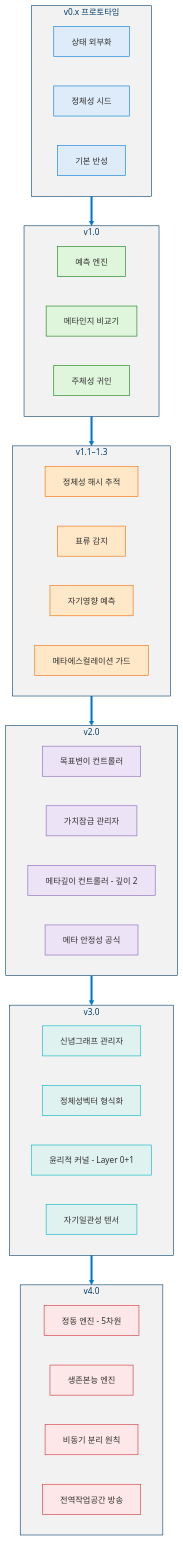
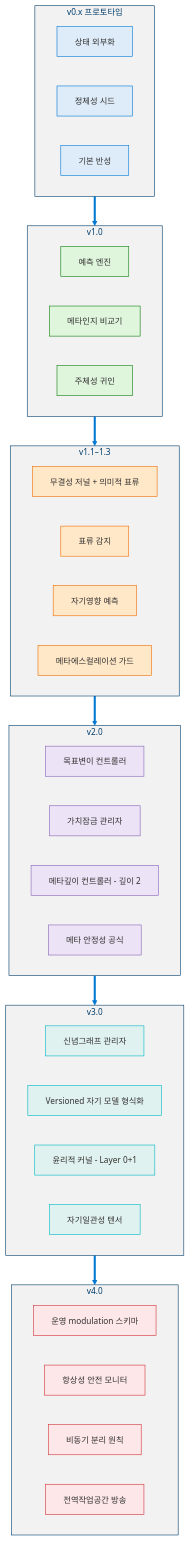
One commit to dotnetpower/mscp changed the first of 19 diagrams in docs/levels/Level_3_Self_Regulating_Agent.ko.md. Above: the diagram before and after it, drawn with Mermaid. The commit also changed other lines of this file and 21 other files, not shown here.

````diff
--- a/docs/levels/Level_3_Self_Regulating_Agent.ko.md
+++ b/docs/levels/Level_3_Self_Regulating_Agent.ko.md
@@ -90,62 +130,62 @@
 ```mermaid
 %%{init: {'theme': 'base', 'themeVariables': {'primaryColor': '#0078D4', 'primaryTextColor': '#003D6B', 'primaryBorderColor': '#003D6B', 'secondaryColor': '#50E6FF', 'secondaryTextColor': '#323130', 'secondaryBorderColor': '#00BCF2', 'tertiaryColor': '#F2F2F2', 'tertiaryTextColor': '#323130', 'lineColor': '#0078D4', 'textColor': '#323130', 'mainBkg': '#DEECF9', 'nodeBorder': '#0078D4', 'clusterBkg': '#F2F2F2', 'clusterBorder': '#003D6B', 'titleColor': '#003D6B', 'edgeLabelBackground': '#FFFFFF', 'fontSize': '14px'}}}%%
 flowchart TB
   classDef v0 fill:#DEECF9,stroke:#0078D4,color:#323130
   classDef v1 fill:#DFF6DD,stroke:#107C10,color:#323130
   classDef v1x fill:#FFE8C8,stroke:#EF6C00,color:#323130
   classDef v2 fill:#EDE3F6,stroke:#8764B8,color:#323130
   classDef v3 fill:#E0F2EF,stroke:#00B7C3,color:#323130
   classDef v4 fill:#FDE7E9,stroke:#D13438,color:#323130
 
   subgraph v0x["v0.x 프로토타입"]
     direction LR
     a0["상태 외부화"]:::v0
     b0["정체성 시드"]:::v0
     c0["기본 반성"]:::v0
   end
 
   subgraph v10["v1.0"]
     direction LR
     a1["예측 엔진"]:::v1
     b1["메타인지 비교기"]:::v1
     c1["주체성 귀인"]:::v1
   end
 
   subgraph v1xx["v1.1–1.3"]
     direction LR
-    a1x["정체성 해시 추적"]:::v1x
+    a1x["무결성 저널 + 의미적 표류"]:::v1x
     b1x["표류 감지"]:::v1x
     c1x["자기영향 예측"]:::v1x
     d1x["메타에스컬레이션 가드"]:::v1x
   end
 
   subgraph v20["v2.0"]
     direction LR
     a2["목표변이 컨트롤러"]:::v2
     b2["가치잠금 관리자"]:::v2
     c2["메타깊이 컨트롤러 - 깊이 2"]:::v2
     d2["메타 안정성 공식"]:::v2
   end
 
   subgraph v30["v3.0"]
     direction LR
     a3["신념그래프 관리자"]:::v3
-    b3["정체성벡터 형식화"]:::v3
+    b3["Versioned 자기 모델 형식화"]:::v3
     c3["윤리적 커널 - Layer 0+1"]:::v3
     d3["자기일관성 텐서"]:::v3
   end
 
   subgraph v40["v4.0"]
     direction LR
-    a4["정동 엔진 - 5차원"]:::v4
-    b4["생존본능 엔진"]:::v4
+    a4["운영 modulation 스키마"]:::v4
+    b4["항상성 안전 모니터"]:::v4
     c4["비동기 분리 원칙"]:::v4
     d4["전역작업공간 방송"]:::v4
   end
 
   v0x ==> v10
   v10 ==> v1xx
   v1xx ==> v20
   v20 ==> v30
   v30 ==> v40
 ```
````
